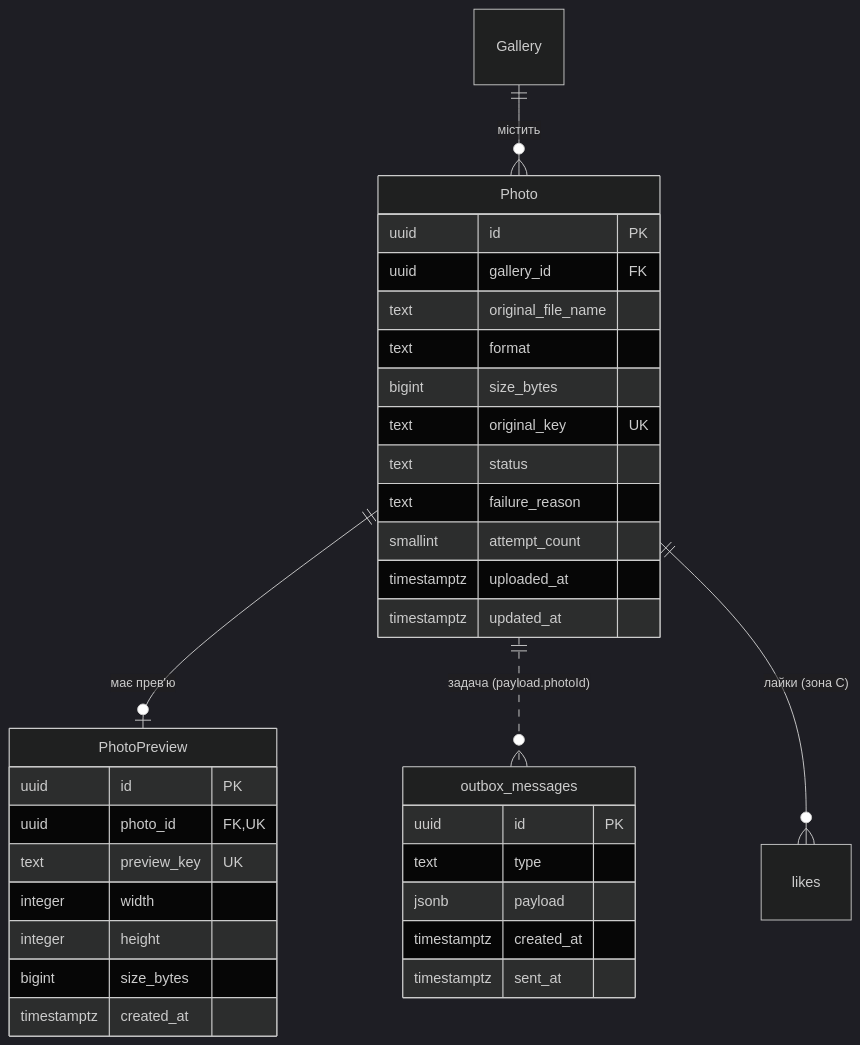
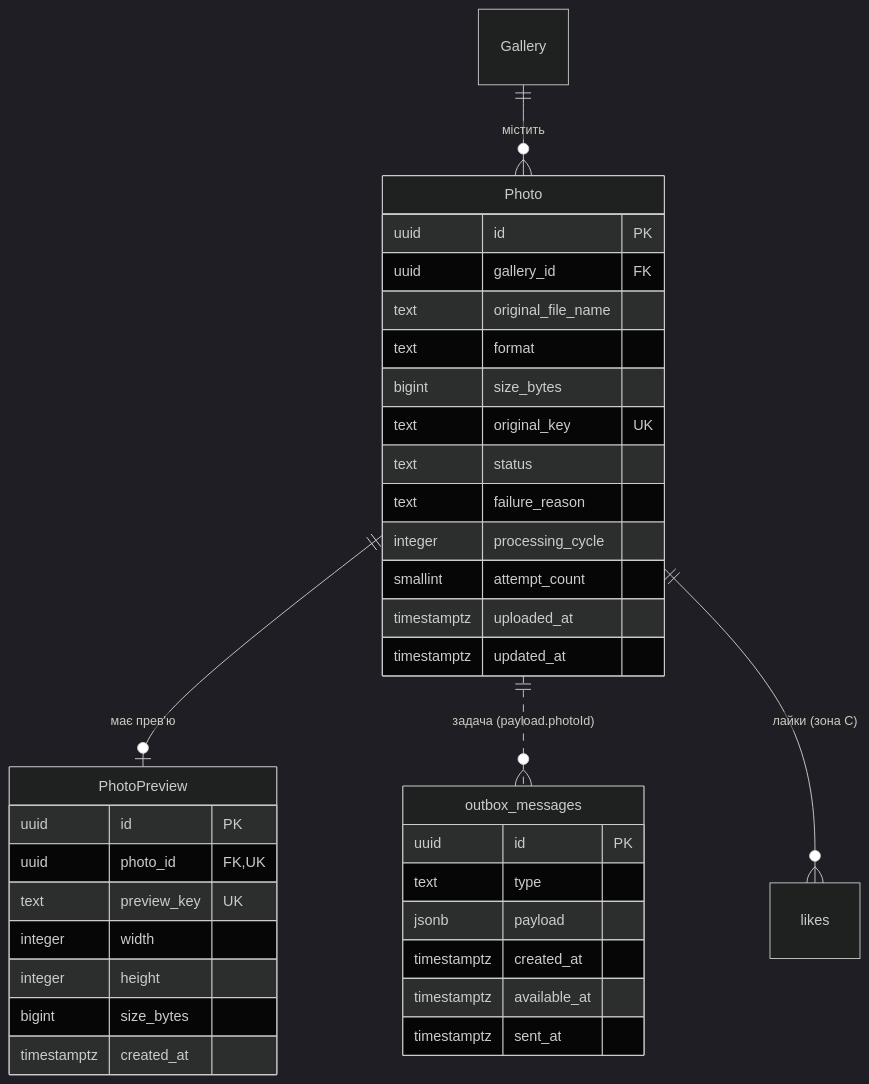
Before and after one commit to alonasaienko/picpick: the diagram in docs/07-data-model/entities-zone-b.md, drawn with Mermaid (dark theme). The commit also changed other lines of this file, not shown here.

````diff
--- a/docs/07-data-model/entities-zone-b.md
+++ b/docs/07-data-model/entities-zone-b.md
@@ -120,39 +139,41 @@
 ```mermaid
 erDiagram
     Gallery ||--o{ Photo : "містить"
     Photo ||--o| PhotoPreview : "має прев'ю"
     Photo ||..o{ outbox_messages : "задача (payload.photoId)"
     Photo ||--o{ likes : "лайки (зона C)"
 
     Photo {
         uuid id PK
         uuid gallery_id FK
         text original_file_name
         text format
         bigint size_bytes
         text original_key UK
         text status
         text failure_reason
+        integer processing_cycle
         smallint attempt_count
         timestamptz uploaded_at
         timestamptz updated_at
     }
 
     PhotoPreview {
         uuid id PK
         uuid photo_id FK,UK
         text preview_key UK
         integer width
         integer height
         bigint size_bytes
         timestamptz created_at
     }
 
     outbox_messages {
         uuid id PK
         text type
         jsonb payload
         timestamptz created_at
+        timestamptz available_at
         timestamptz sent_at
     }
 ```
````
